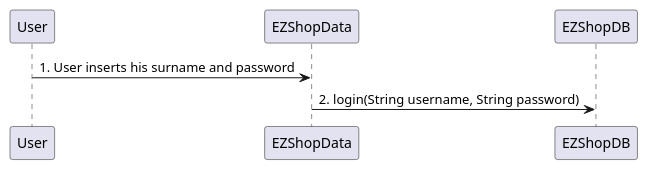
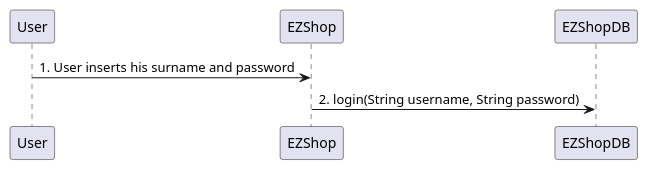
One commit to djemar/softeng_ezshop changed diagram 15 of 31 in Deliverables/DesignDocument.md. Above: the diagram before and after it, drawn with PlantUML. The commit also changed other lines of this file, not shown here.

````diff
--- a/Deliverables/DesignDocument.md
+++ b/Deliverables/DesignDocument.md
@@ -381,5 +393,5 @@
 ```plantuml
-"User" -> "EZShopData" : 1. User inserts his surname and password
-"EZShopData" -> "EZShopDB" : 2. login(String username, String password)
+"User" -> "EZShop" : 1. User inserts his surname and password
+"EZShop" -> "EZShopDB" : 2. login(String username, String password)
 
 ```
````
